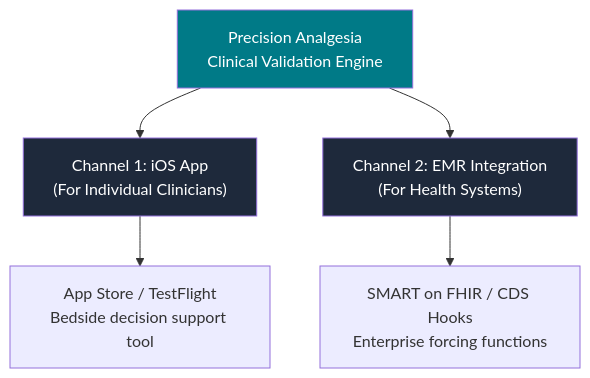
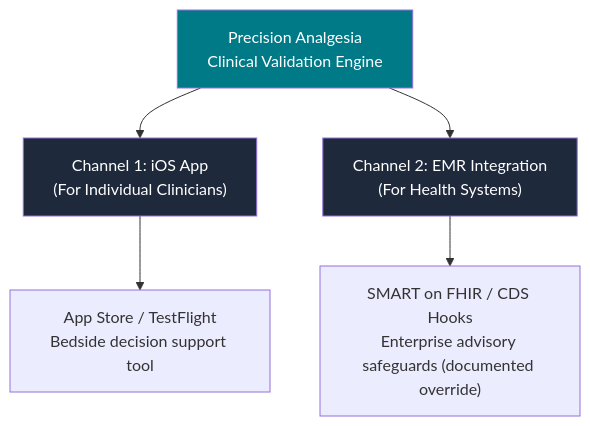
One commit to Dannyb685/inpatient-opioid-tool changed the first of 2 diagrams in site_overview.md. Above: the diagram before and after it, drawn with Mermaid. The commit also changed other lines of this file and 12 other files, not shown here.

````diff
--- a/site_overview.md
+++ b/site_overview.md
@@ -7,11 +10,11 @@
 ```mermaid
 graph TD
     A["Precision Analgesia<br/>Clinical Validation Engine"] --> B["Channel 1: iOS App<br/>(For Individual Clinicians)"]
     A --> C["Channel 2: EMR Integration<br/>(For Health Systems)"]
     B --> D["App Store / TestFlight<br/>Bedside decision support tool"]
-    C --> E["SMART on FHIR / CDS Hooks<br/>Enterprise forcing functions"]
+    C --> E["SMART on FHIR / CDS Hooks<br/>Enterprise advisory safeguards (documented override)"]
     
     style A fill:#007A87,color:#fff
     style B fill:#1e293b,color:#fff
     style C fill:#1e293b,color:#fff
 ```
````
